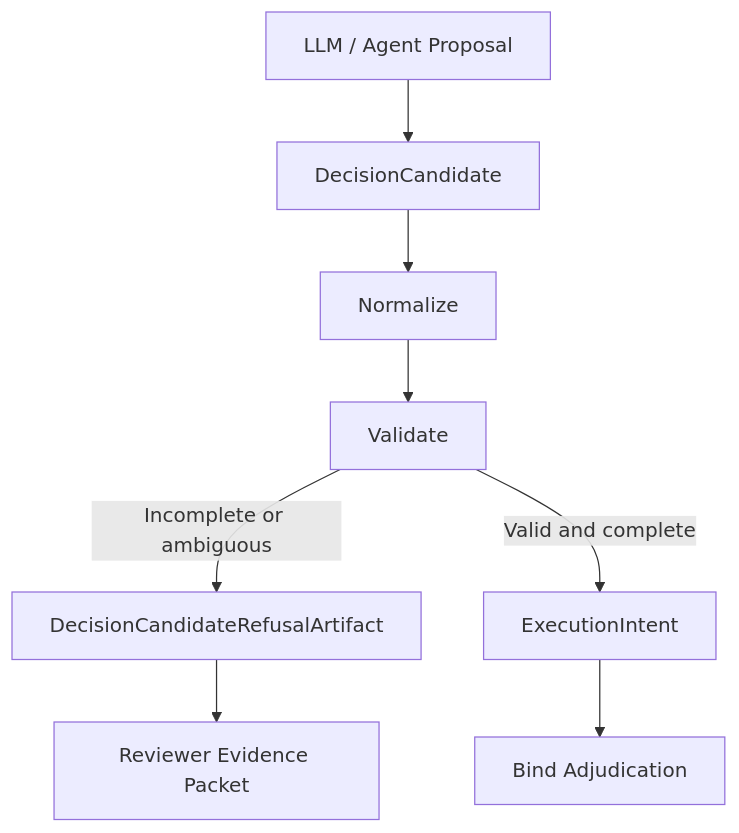
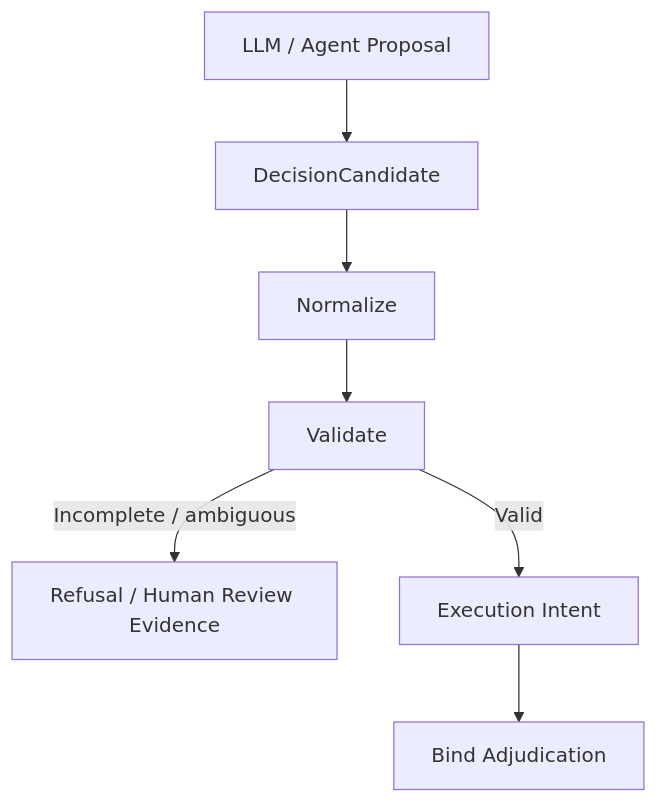
One commit to veritasfuji-japan/veritas_os changed the second of 2 diagrams in README.md. Above: the diagram before and after it, drawn with Mermaid. The commit also changed other lines of this file and 1 other file, not shown here.

Commit message:
docs: redesign README around execution governance (#2291)

````diff
--- a/README.md
+++ b/README.md
@@ -139,10 +275,9 @@
 ```mermaid
 flowchart TD
-    A[LLM / Agent Proposal] --> B[DecisionCandidate]
-    B --> C[Normalize]
-    C --> D[Validate]
-    D -->|Incomplete or ambiguous| E[DecisionCandidateRefusalArtifact]
-    D -->|Valid and complete| F[ExecutionIntent]
-    E --> G[Reviewer Evidence Packet]
-    F --> H[Bind Adjudication]
+    A["LLM / Agent Proposal"] --> B["DecisionCandidate"]
+    B --> C["Normalize"]
+    C --> D["Validate"]
+    D -->|"Incomplete / ambiguous"| E["Refusal / Human Review Evidence"]
+    D -->|"Valid"| F["Execution Intent"]
+    F --> G["Bind Adjudication"]
 ```
````
